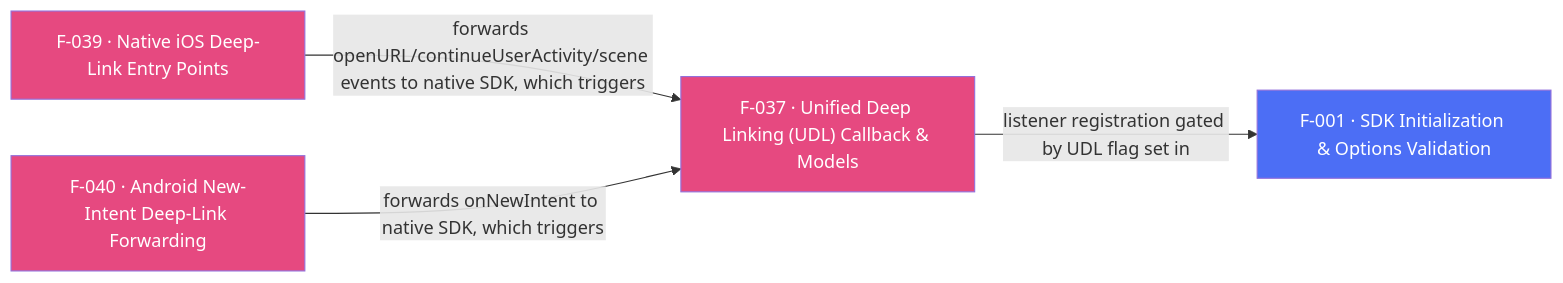
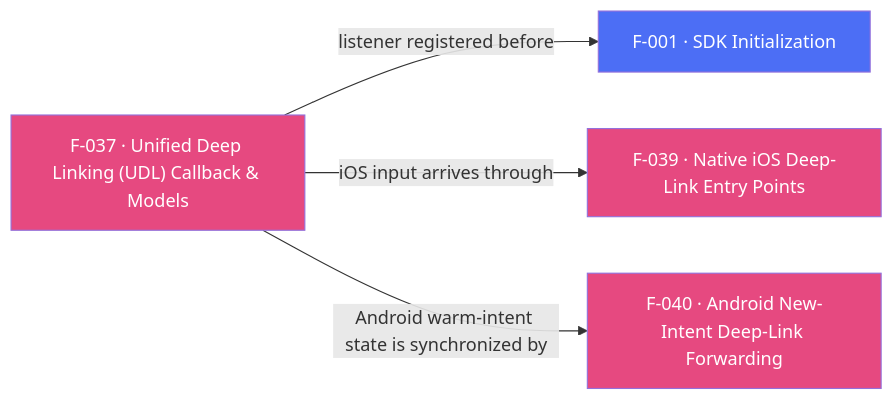
The diagram in internal-docs/features/F-037-unified-deep-linking-callback-and-models.md (AppsFlyerSDK/appsflyer-flutter-plugin), drawn with Mermaid before and after one commit. The commit also changed other lines of this file and 199 other files, not shown here.

````diff
--- a/internal-docs/features/F-037-unified-deep-linking-callback-and-models.md
+++ b/internal-docs/features/F-037-unified-deep-linking-callback-and-models.md
@@ -90,8 +99,8 @@
 ```mermaid
 flowchart LR
-    F037["F-037 · Unified Deep Linking (UDL) Callback & Models"]:::deepLinking -->|"listener registration gated by UDL flag set in"| F001["F-001 · SDK Initialization & Options Validation"]:::sdkCore
-    F039["F-039 · Native iOS Deep-Link Entry Points"]:::deepLinking -->|"forwards openURL/continueUserActivity/scene events to native SDK, which triggers"| F037
-    F040["F-040 · Android New-Intent Deep-Link Forwarding"]:::deepLinking -->|"forwards onNewIntent to native SDK, which triggers"| F037
+    F037["F-037 · Unified Deep Linking (UDL) Callback & Models"]:::deepLinking -->|"listener registered before"| F001["F-001 · SDK Initialization"]:::sdkCore
+    F037 -->|"iOS input arrives through"| F039["F-039 · Native iOS Deep-Link Entry Points"]:::deepLinking
+    F037 -->|"Android warm-intent state is synchronized by"| F040["F-040 · Android New-Intent Deep-Link Forwarding"]:::deepLinking
     classDef deepLinking fill:#E64980,color:#fff
     classDef sdkCore fill:#4C6EF5,color:#fff
 ```
````
